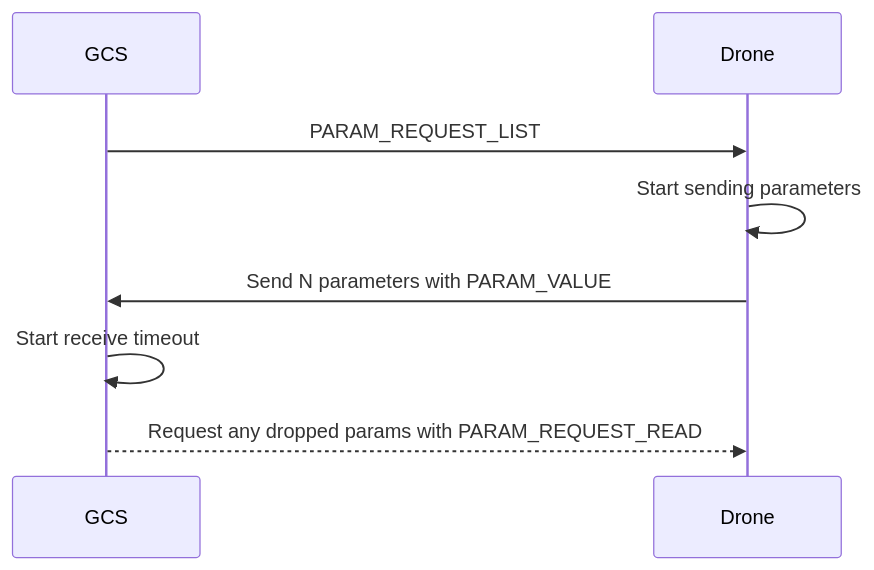
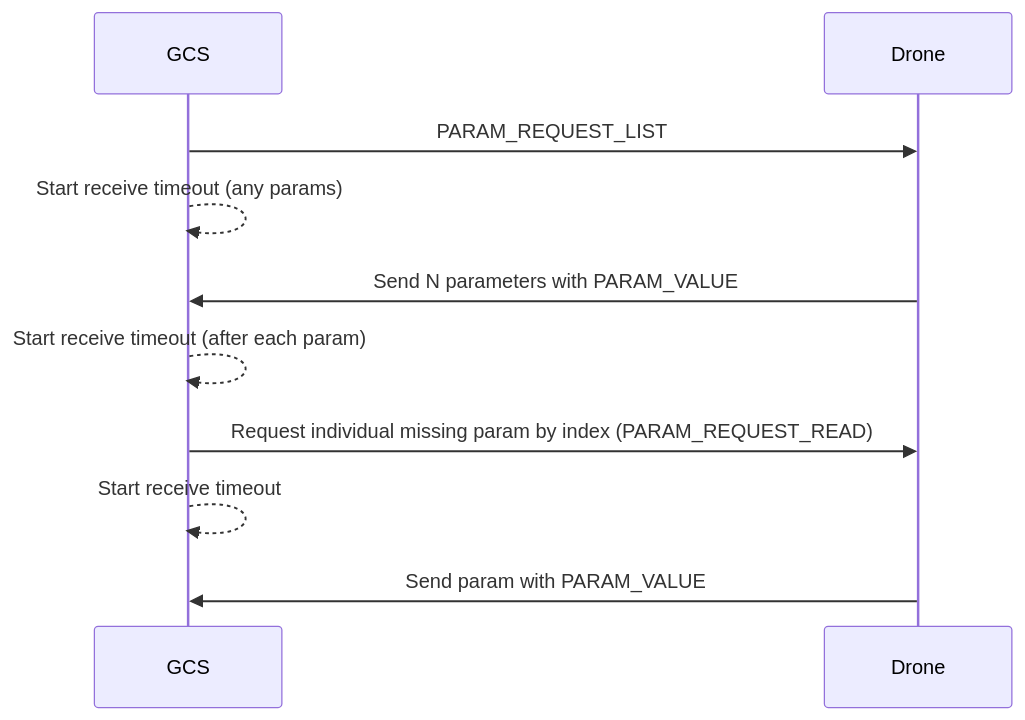
One commit to mavlink/mavlink-devguide changed the first of 3 diagrams in en/services/parameter.md. Above: the diagram before and after it, drawn with Mermaid. The commit also changed other lines of this file, not shown here.

Commit message:
Clarify handling of zero params

```diff
--- a/en/services/parameter.md
+++ b/en/services/parameter.md
@@ -106,10 +106,12 @@
 {% mermaid %}
 sequenceDiagram;
     participant GCS
     participant Drone
     GCS->>Drone: PARAM_REQUEST_LIST
-    Drone->>Drone: Start sending parameters 
+    GCS-->>GCS: Start receive timeout (any params)
     Drone->>GCS: Send N parameters with PARAM_VALUE
-    GCS->>GCS: Start receive timeout
-    GCS-->>Drone: Request any dropped params with PARAM_REQUEST_READ
+    GCS-->>GCS: Start receive timeout (after each param)
+    GCS->>Drone: Request individual missing param by index (PARAM_REQUEST_READ)
+    GCS-->>GCS: Start receive timeout
+    Drone->>GCS: Send param with PARAM_VALUE
 {% endmermaid %}
```
